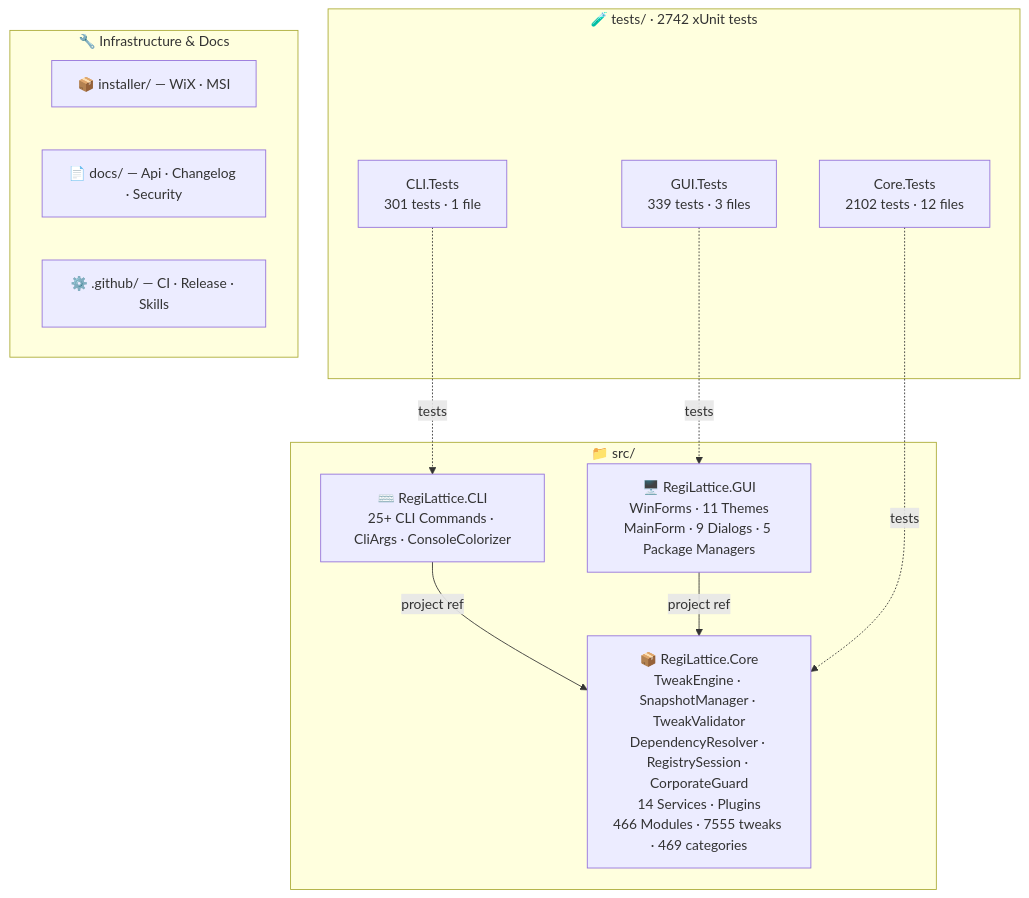
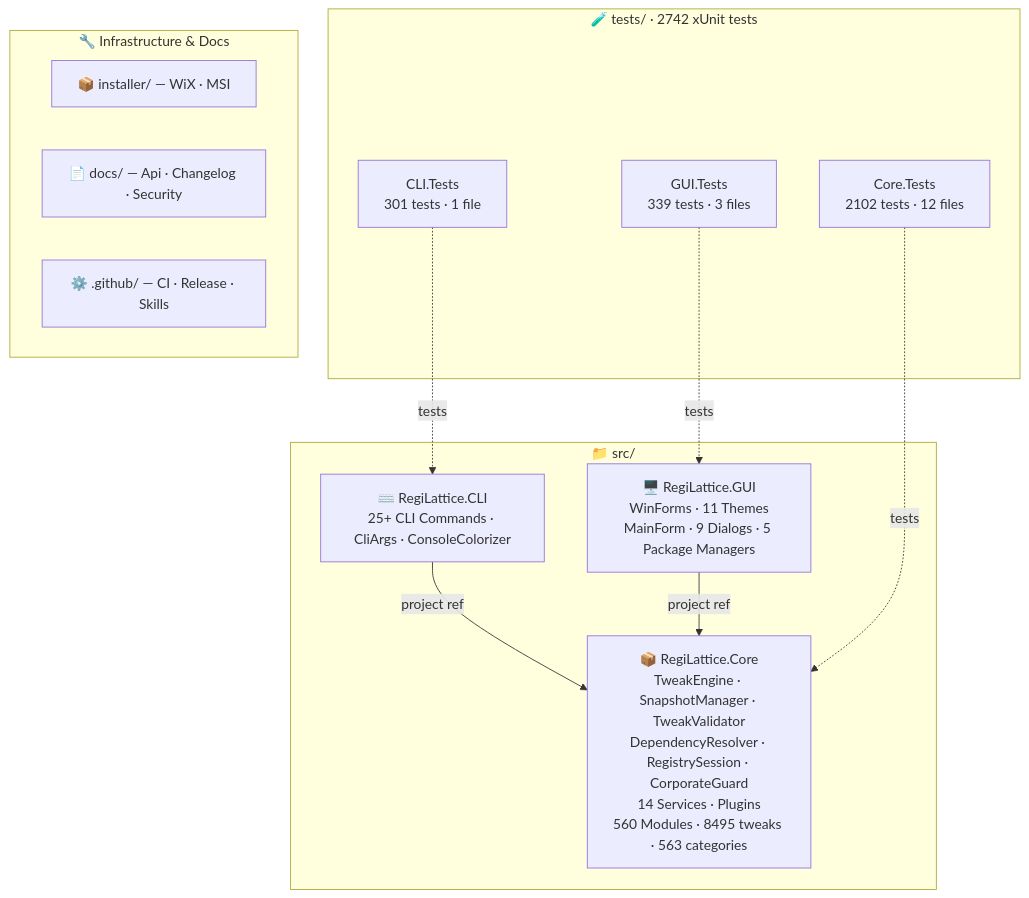
One commit to RajwanYair/RegiLattice changed the second of 2 diagrams in README.md. Above: the diagram before and after it, drawn with Mermaid. The commit also changed other lines of this file and 100 other files, not shown here.

First line of the commit message:
feat(tweaks): Sprints 437-531 — 94 new policy modules, v5.74.0

````diff
--- a/README.md
+++ b/README.md
@@ -255,26 +255,26 @@
 ```mermaid
 graph TD
     subgraph SRC["📁 src/"]
-        CORE["📦 RegiLattice.Core<br/>TweakEngine · SnapshotManager · TweakValidator<br/>DependencyResolver · RegistrySession · CorporateGuard<br/>14 Services · Plugins<br/>466 Modules · 7555 tweaks · 469 categories"]
+        CORE["📦 RegiLattice.Core<br/>TweakEngine · SnapshotManager · TweakValidator<br/>DependencyResolver · RegistrySession · CorporateGuard<br/>14 Services · Plugins<br/>560 Modules · 8495 tweaks · 563 categories"]
         GUI["🖥️ RegiLattice.GUI<br/>WinForms · 11 Themes<br/>MainForm · 9 Dialogs · 5 Package Managers"]
         CLI["⌨️ RegiLattice.CLI<br/>25+ CLI Commands · CliArgs · ConsoleColorizer"]
     end
 
     subgraph TST["🧪 tests/  ·  2742 xUnit tests"]
         CT["Core.Tests<br/>2102 tests · 12 files"]
         CLT["CLI.Tests<br/>301 tests · 1 file"]
         GT["GUI.Tests<br/>339 tests · 3 files"]
     end
 
     subgraph INFRA["🔧 Infrastructure & Docs"]
         INST["📦 installer/ — WiX · MSI"]
         DOCS["📄 docs/ — Api · Changelog · Security"]
         GH["⚙️ .github/ — CI · Release · Skills"]
     end
 
     CLI -->|project ref| CORE
     GUI -->|project ref| CORE
     CT -.->|tests| CORE
     CLT -.->|tests| CLI
     GT -.->|tests| GUI
 ```
````
